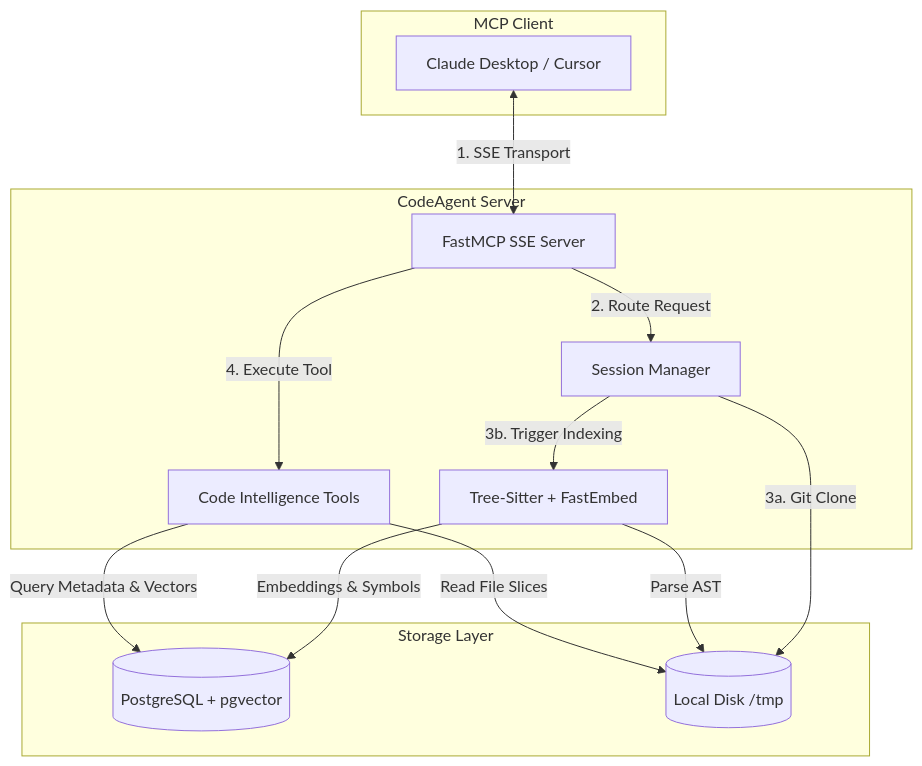
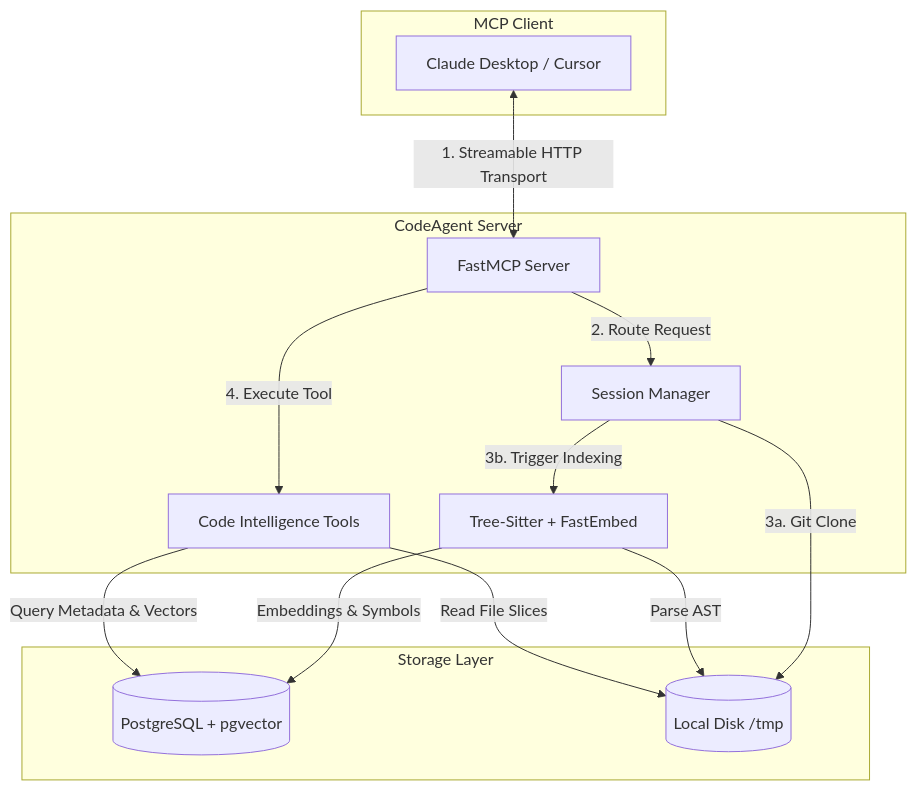
One commit to AbhiGupta1310/CodeAgent-MCP changed the diagram in README.md. Above: the diagram before and after it, drawn with Mermaid. The commit also changed other lines of this file and 1 other file, not shown here.

Commit message:
feat: switch FastMCP transport to streamable-http and update docs

````diff
--- a/README.md
+++ b/README.md
@@ -25,31 +25,31 @@
 ```mermaid
 graph TD
     subgraph Client [MCP Client]
         LLM[Claude Desktop / Cursor]
     end
 
     subgraph CodeAgent [CodeAgent Server]
-        FastMCP[FastMCP SSE Server]
+        FastMCP[FastMCP Server]
         SessionMgr[Session Manager]
         Indexer[Tree-Sitter + FastEmbed]
         Tools[Code Intelligence Tools]
     end
 
     subgraph Storage [Storage Layer]
         DB[(PostgreSQL + pgvector)]
         Disk[(Local Disk /tmp)]
     end
 
-    LLM <-->|1. SSE Transport| FastMCP
+    LLM <-->|1. Streamable HTTP Transport| FastMCP
     FastMCP -->|2. Route Request| SessionMgr
     FastMCP -->|4. Execute Tool| Tools
     
     SessionMgr -->|3a. Git Clone| Disk
     SessionMgr -->|3b. Trigger Indexing| Indexer
     
     Indexer -->|Parse AST| Disk
     Indexer -->|Embeddings & Symbols| DB
     
     Tools -->|Query Metadata & Vectors| DB
     Tools -->|Read File Slices| Disk
 ```
````
